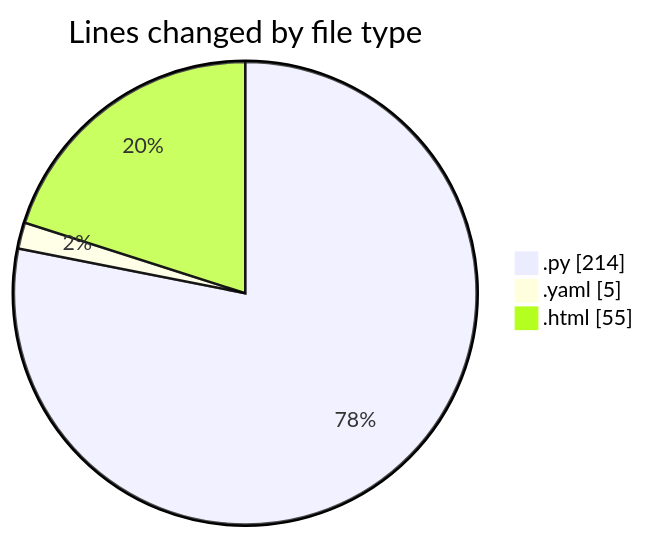
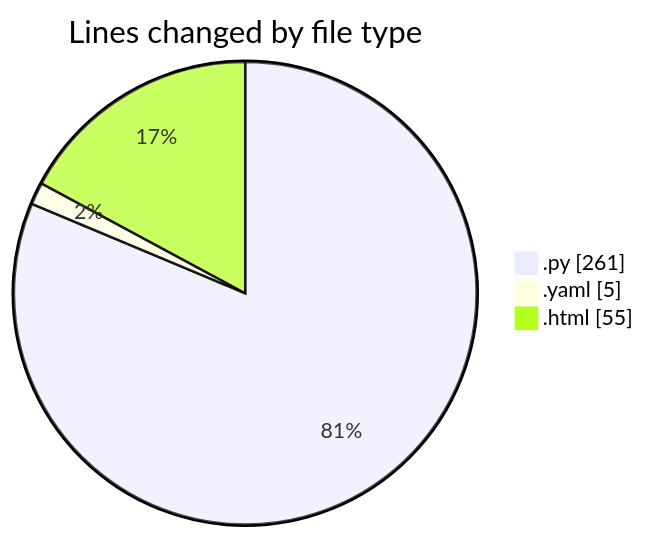
The first of 2 diagrams in 2025-06-26/webapp/README.md (Ritupan-Deka/code-tracking), drawn with Mermaid before and after one commit. The commit also changed other lines of this file and 1 other file, not shown here.

````diff
--- a/2025-06-26/webapp/README.md
+++ b/2025-06-26/webapp/README.md
@@ -25,7 +25,7 @@
 ```mermaid
 pie showData
 title Lines changed by file type
-".py" : 214
+".py" : 261
 ".yaml" : 5
 ".html" : 55
 ```
````
